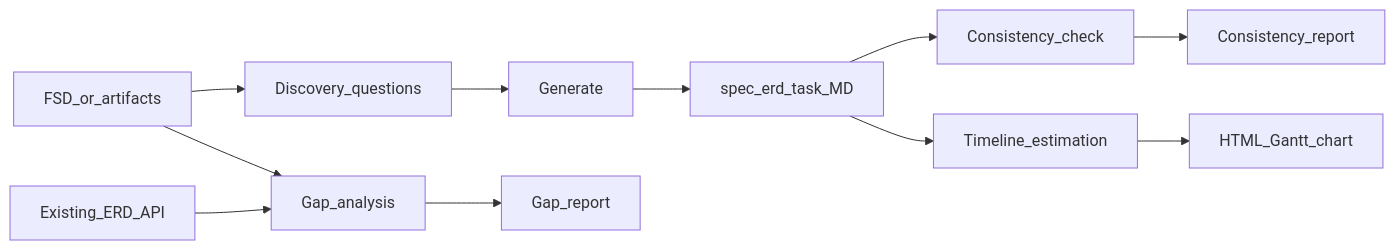
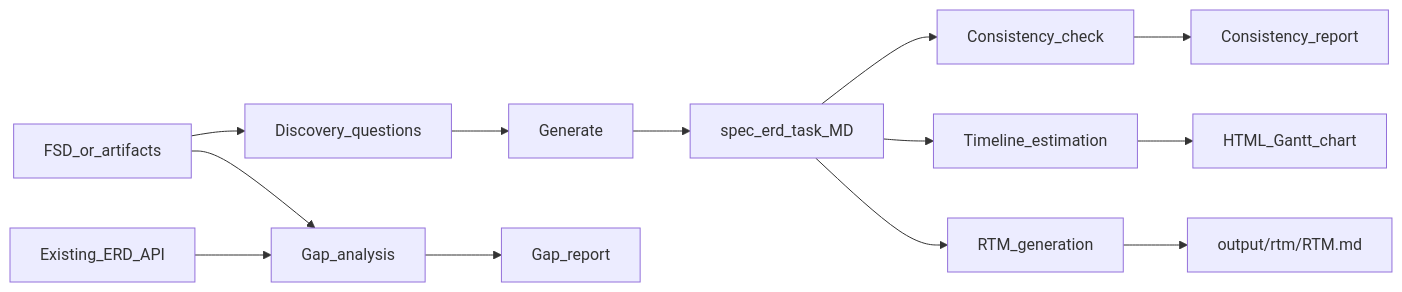
One commit to rogasper/system-analyst-skill changed the diagram in SKILL.md. Above: the diagram before and after it, drawn with Mermaid. The commit also changed other lines of this file and 3 other files, not shown here.

First line of the commit message:
feat: add Requirement Traceability Matrix (RTM) generation to output/rtm/RTM.md

````diff
--- a/SKILL.md
+++ b/SKILL.md
@@ -42,15 +44,17 @@
 ```mermaid
 flowchart LR
   FSD[FSD_or_artifacts]
   FSD --> DISC[Discovery_questions]
   DISC --> GEN[Generate]
   FSD --> GAP[Gap_analysis]
   EXIST[Existing_ERD_API]
   EXIST --> GAP
   GEN --> OUT1[spec_erd_task_MD]
   GAP --> OUT2[Gap_report]
   OUT1 --> CONS[Consistency_check]
   CONS --> OUT3[Consistency_report]
   OUT1 --> TL[Timeline_estimation]
   TL --> OUT4[HTML_Gantt_chart]
+  OUT1 --> RTM[RTM_generation]
+  RTM --> OUT5[output/rtm/RTM.md]
 ```
````
